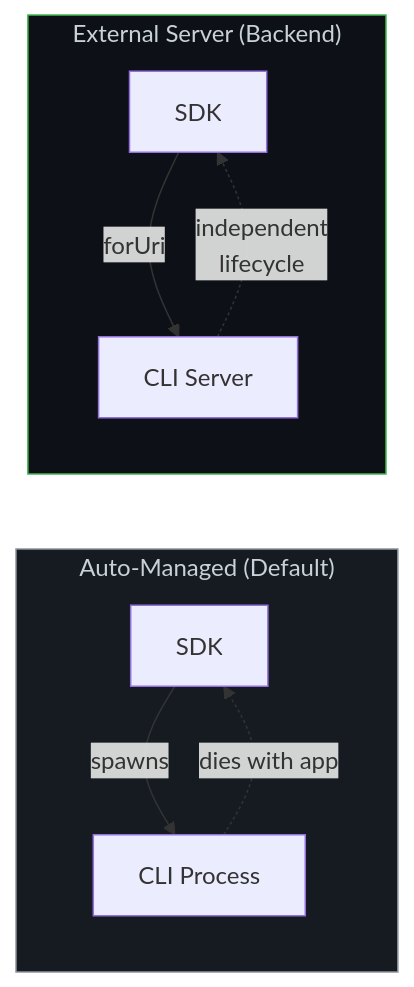
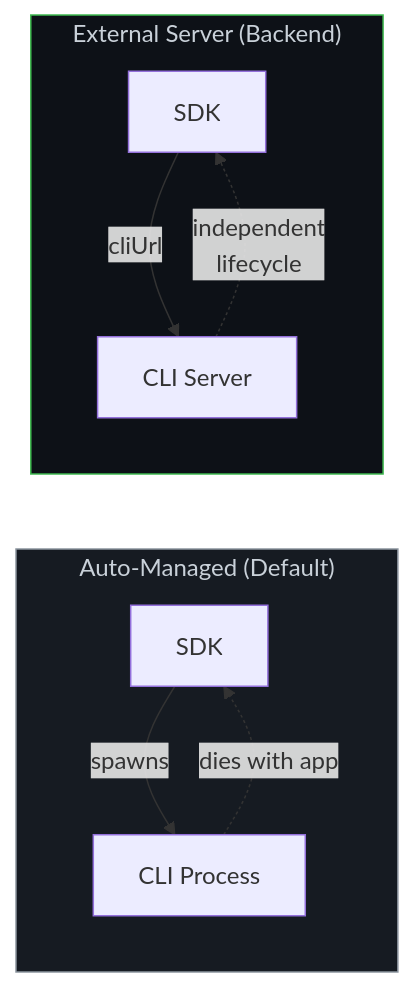
Before and after one commit to github/copilot-sdk: the second of 5 diagrams in docs/setup/backend-services.md, drawn with Mermaid. The commit also changed other lines of this file and 1021 other files, not shown here.

Commit message:
Update SDK snapshot for Copilot CLI 1.0.102-0.unstable.r41528289608.g54dc3af

````diff
--- a/docs/setup/backend-services.md
+++ b/docs/setup/backend-services.md
@@ -43,15 +43,15 @@
 ```mermaid
 flowchart LR
     subgraph Auto["Auto-Managed (Default)"]
         A1["SDK"] -->|"spawns"| A2["CLI Process"]
         A2 -.->|"dies with app"| A1
     end
 
     subgraph External["External Server (Backend)"]
-        B1["SDK"] -->|"forUri"| B2["CLI Server"]
+        B1["SDK"] -->|"cliUrl"| B2["CLI Server"]
         B2 -.->|"independent<br/>lifecycle"| B1
     end
 
     style Auto fill:#161b22,stroke:#8b949e,color:#c9d1d9
     style External fill:#0d1117,stroke:#3fb950,color:#c9d1d9
 ```
````
